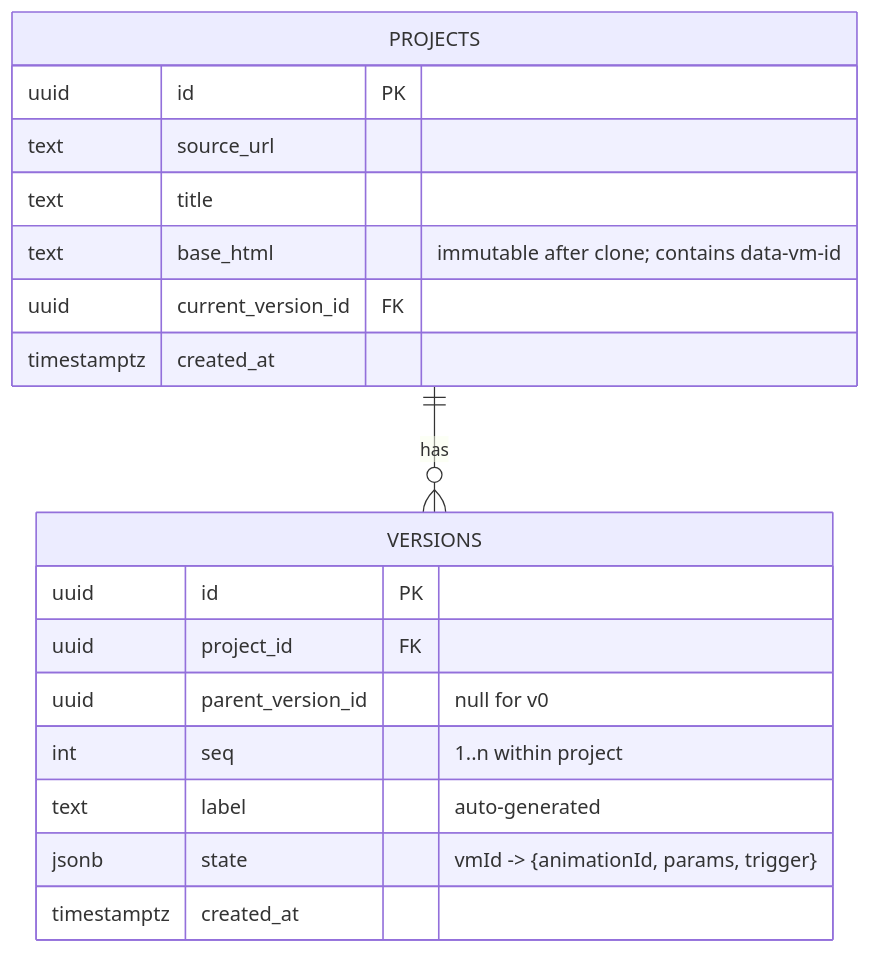
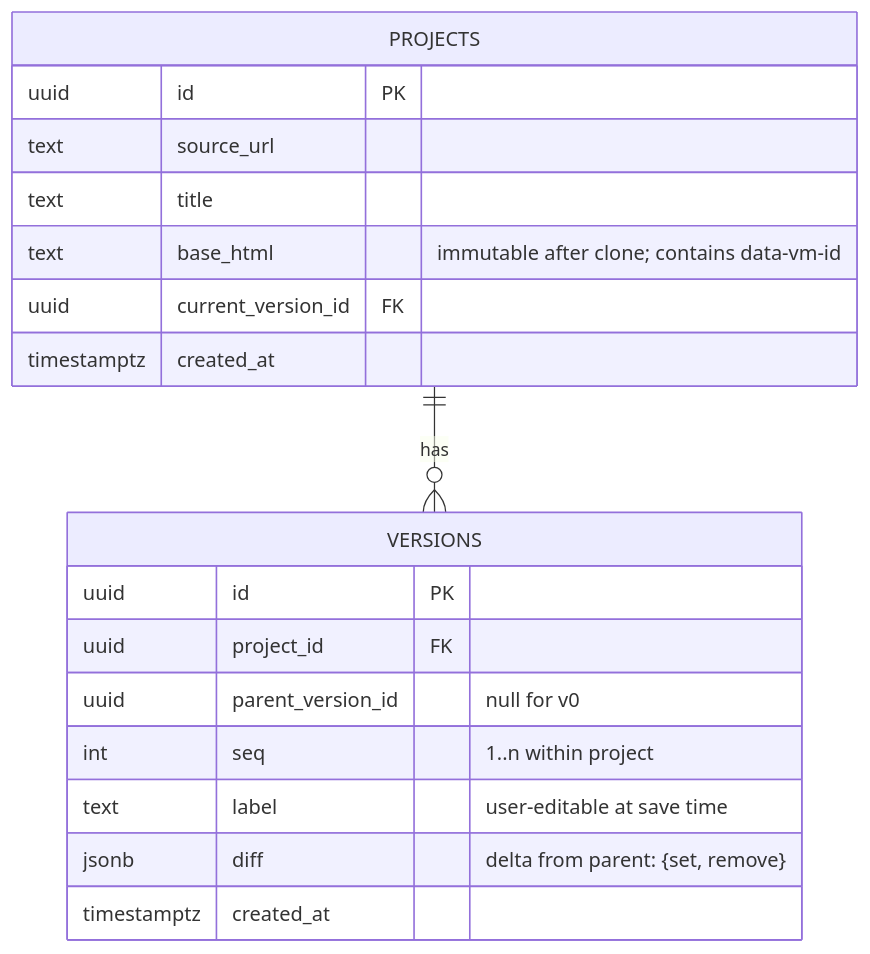
One commit to ludaxkris/vibe_motion changed the eighth of 10 diagrams in docs/architecture.md. Above: the diagram before and after it, drawn with Mermaid. The commit also changed other lines of this file and 10 other files, not shown here.

First line of the commit message:
docs: diff-based versioning on explicit Save, pr_screenshot branch, user flow

````diff
--- a/docs/architecture.md
+++ b/docs/architecture.md
@@ -183,21 +200,21 @@
 ```mermaid
 erDiagram
   PROJECTS ||--o{ VERSIONS : has
   PROJECTS {
     uuid id PK
     text source_url
     text title
     text base_html "immutable after clone; contains data-vm-id"
     uuid current_version_id FK
     timestamptz created_at
   }
   VERSIONS {
     uuid id PK
     uuid project_id FK
     uuid parent_version_id "null for v0"
     int seq "1..n within project"
-    text label "auto-generated"
-    jsonb state "vmId -> {animationId, params, trigger}"
+    text label "user-editable at save time"
+    jsonb diff "delta from parent: {set, remove}"
     timestamptz created_at
   }
 ```
````
